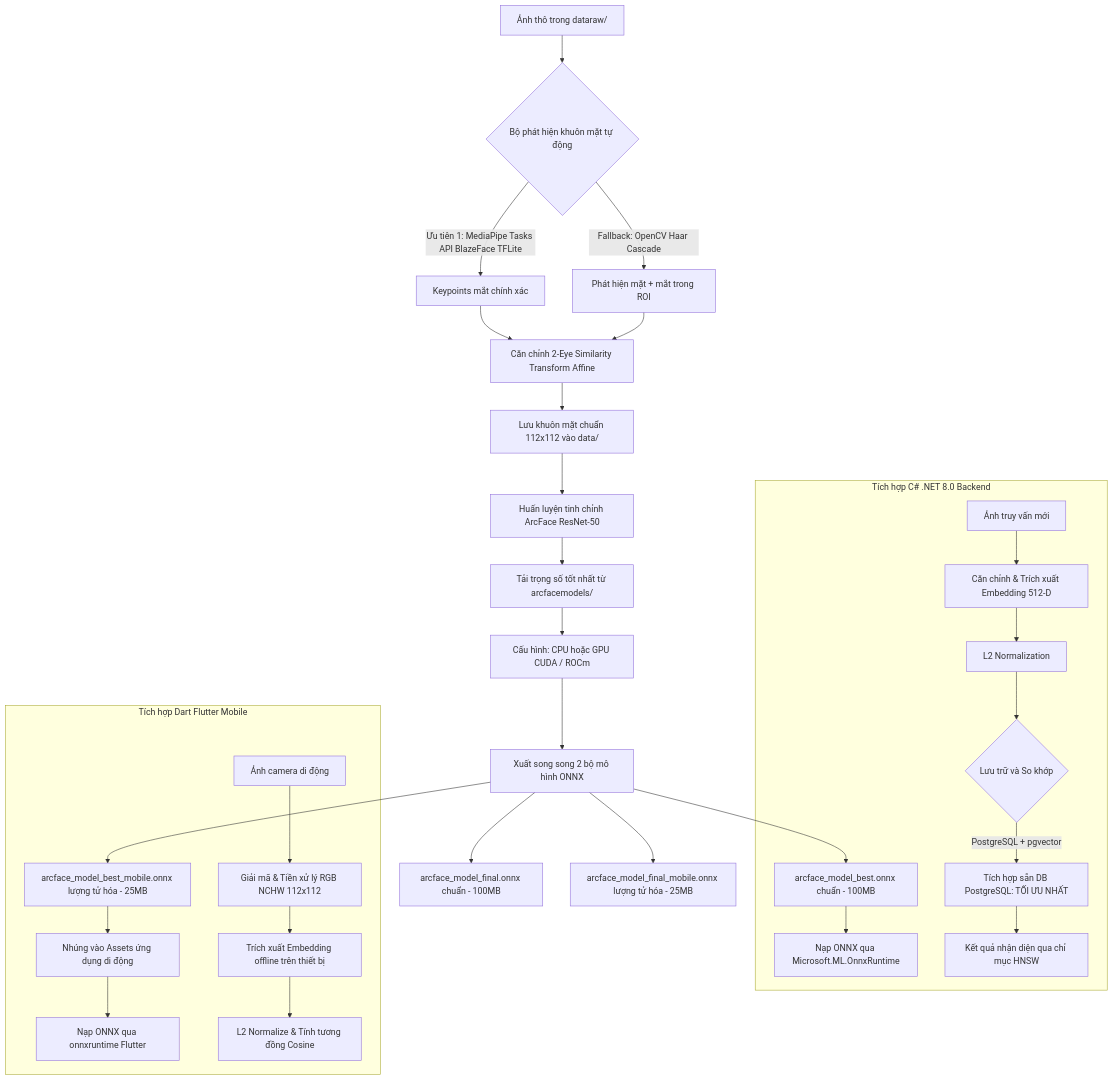
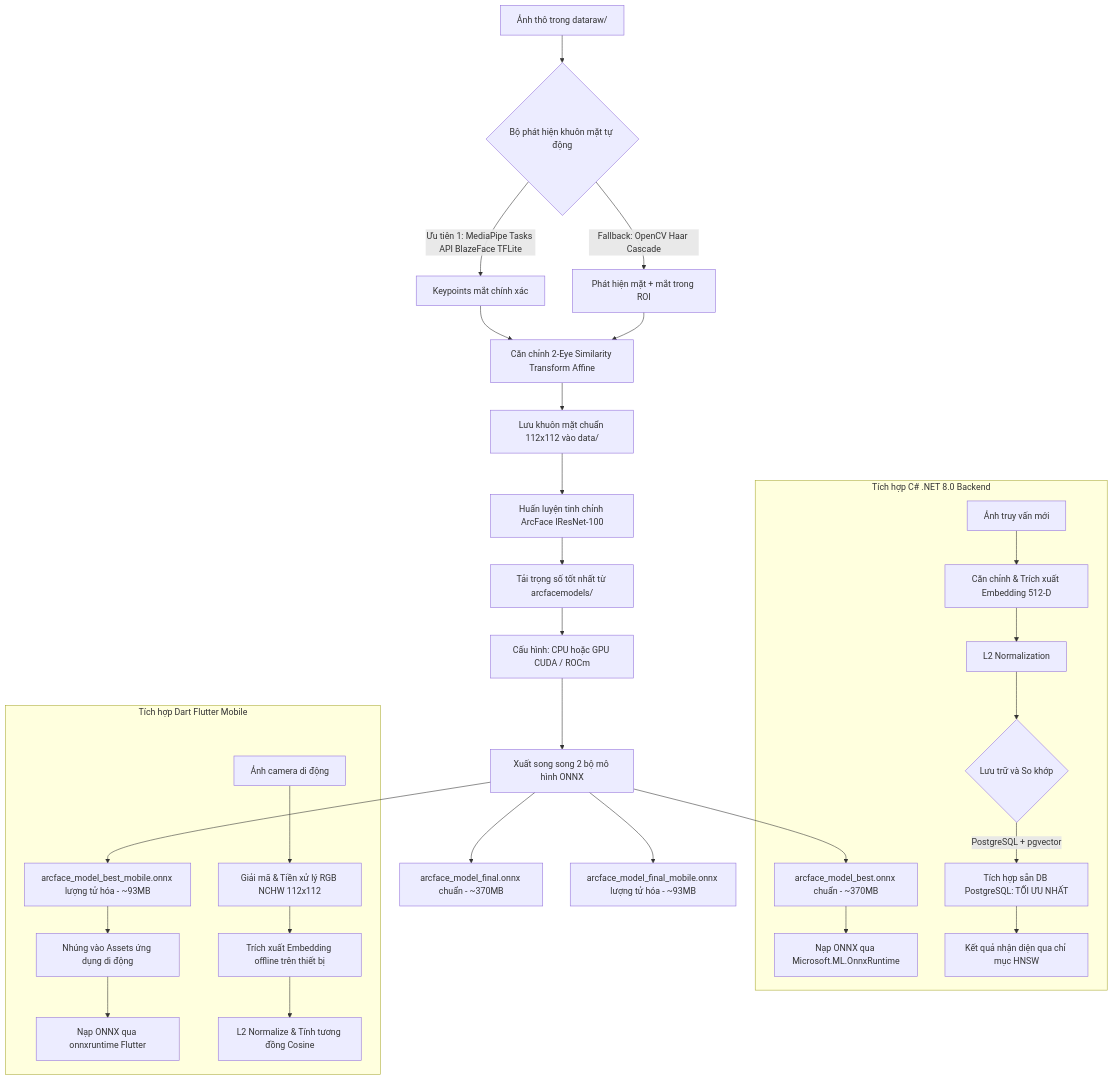
One commit to badpaybad/a.i-assistant-chatbot-telegram-serverles changed the first of 3 diagrams in TreeOfThought/docs/nhan-dien-khuon-mat/ArcFaceFinetune/howtodo.md. Above: the diagram before and after it, drawn with Mermaid. The commit also changed other lines of this file and 8 other files, not shown here.

````diff
--- a/TreeOfThought/docs/nhan-dien-khuon-mat/ArcFaceFinetune/howtodo.md
+++ b/TreeOfThought/docs/nhan-dien-khuon-mat/ArcFaceFinetune/howtodo.md
@@ -367,37 +367,37 @@
 ```mermaid
 graph TD
     A[Ảnh thô trong dataraw/] --> B{Bộ phát hiện khuôn mặt tự động}
     B -- Ưu tiên 1: MediaPipe Tasks API BlazeFace TFLite --> C1[Keypoints mắt chính xác]
     B -- Fallback: OpenCV Haar Cascade --> C2[Phát hiện mặt + mắt trong ROI]
     C1 --> D[Căn chỉnh 2-Eye Similarity Transform Affine]
     C2 --> D
     D --> E[Lưu khuôn mặt chuẩn 112x112 vào data/]
     
-    E --> F[Huấn luyện tinh chỉnh ArcFace ResNet-50]
+    E --> F[Huấn luyện tinh chỉnh ArcFace IResNet-100]
     F --> G[Tải trọng số tốt nhất từ arcfacemodels/]
     G --> H[Cấu hình: CPU hoặc GPU CUDA / ROCm]
     H --> I[Xuất song song 2 bộ mô hình ONNX]
     
-    I --> I1[arcface_model_best.onnx chuẩn - 100MB]
-    I --> I2[arcface_model_best_mobile.onnx lượng tử hóa - 25MB]
-    I --> I3[arcface_model_final.onnx chuẩn - 100MB]
-    I --> I4[arcface_model_final_mobile.onnx lượng tử hóa - 25MB]
+    I --> I1[arcface_model_best.onnx chuẩn - ~370MB]
+    I --> I2[arcface_model_best_mobile.onnx lượng tử hóa - ~93MB]
+    I --> I3[arcface_model_final.onnx chuẩn - ~370MB]
+    I --> I4[arcface_model_final_mobile.onnx lượng tử hóa - ~93MB]
 
     
     subgraph Tích hợp C# .NET 8.0 Backend
         I1 --> J[Nạp ONNX qua Microsoft.ML.OnnxRuntime]
         K[Ảnh truy vấn mới] --> L[Căn chỉnh & Trích xuất Embedding 512-D]
         L --> M[L2 Normalization]
         M --> N{Lưu trữ và So khớp}
         N -- PostgreSQL + pgvector --> R[Tích hợp sẵn DB PostgreSQL: TỐI ƯU NHẤT]
         R --> Q[Kết quả nhận diện qua chỉ mục HNSW]
     end
     
     subgraph Tích hợp Dart Flutter Mobile
         I2 --> F1[Nhúng vào Assets ứng dụng di động]
         F1 --> F2[Nạp ONNX qua onnxruntime Flutter]
         F3[Ảnh camera di động] --> F4[Giải mã & Tiền xử lý RGB NCHW 112x112]
         F4 --> F5[Trích xuất Embedding offline trên thiết bị]
         F5 --> F6[L2 Normalize & Tính tương đồng Cosine]
     end
 ```
````
